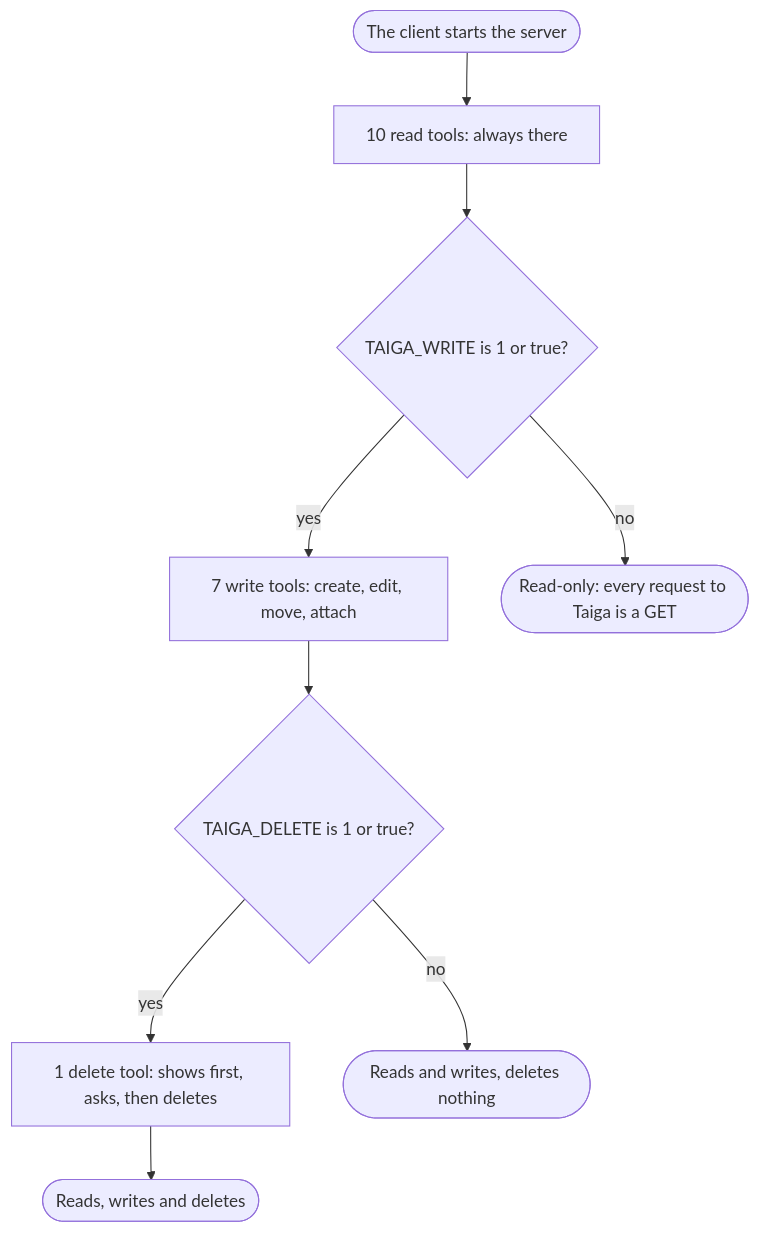
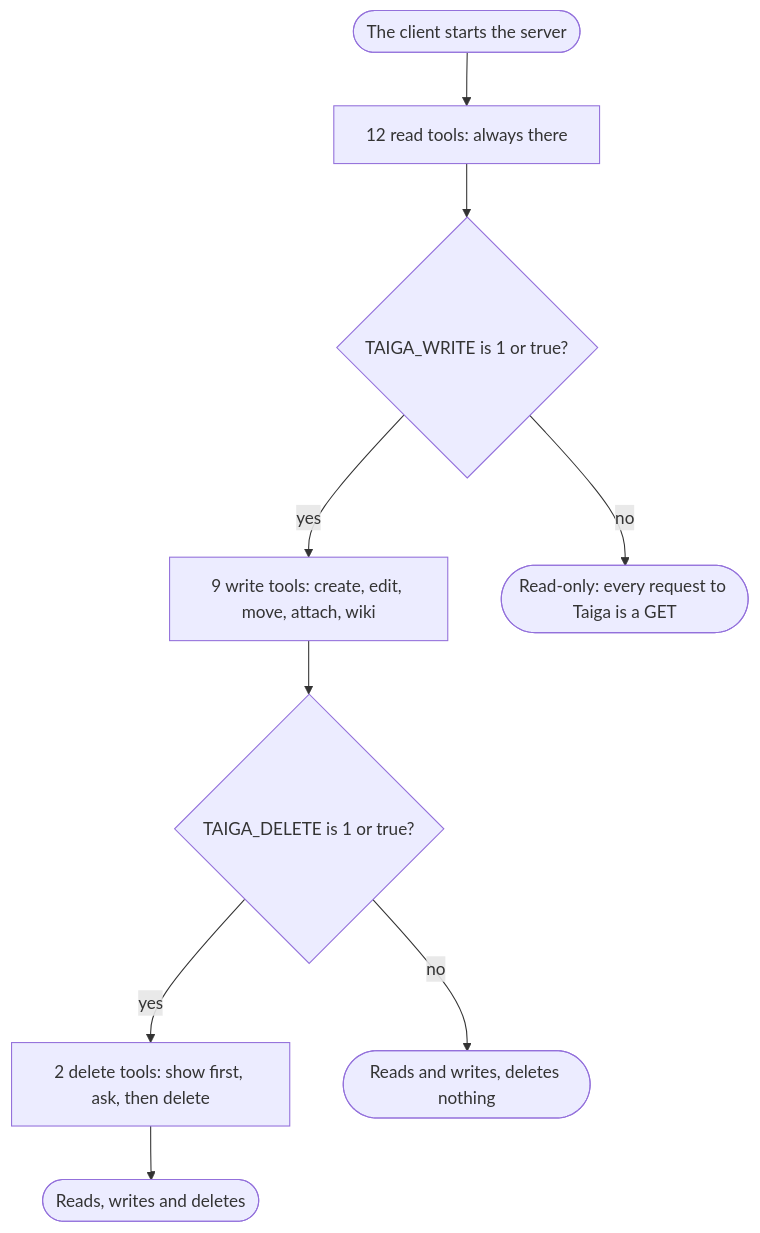
Before and after one commit to CamposCodes/taiga-r2da-mcp: the first of 2 diagrams in docs/readme.md, drawn with Mermaid. The commit also changed other lines of this file and 11 other files, not shown here.

Commit message:
feat: read, create, edit and delete the wiki pages of a project

````diff
--- a/docs/readme.md
+++ b/docs/readme.md
@@ -289,20 +289,20 @@
 ```mermaid
 flowchart TD
     start(["The client starts the server"])
-    read["10 read tools: always there"]
+    read["12 read tools: always there"]
     w{"TAIGA_WRITE is 1 or true?"}
-    write["7 write tools: create, edit, move, attach"]
+    write["9 write tools: create, edit, move, attach, wiki"]
     d{"TAIGA_DELETE is 1 or true?"}
-    del["1 delete tool: shows first, asks, then deletes"]
+    del["2 delete tools: show first, ask, then delete"]
     ro(["Read-only: every request to Taiga is a GET"])
     rw(["Reads and writes, deletes nothing"])
     all(["Reads, writes and deletes"])
     start --> read
     read --> w
     w -->|"no"| ro
     w -->|"yes"| write
     write --> d
     d -->|"no"| rw
     d -->|"yes"| del
     del --> all
 ```
````
